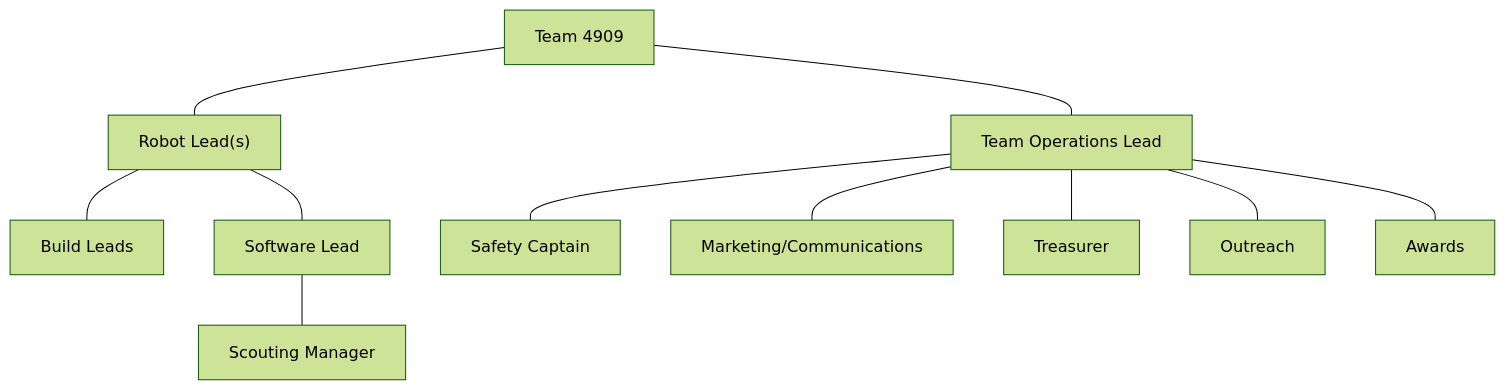
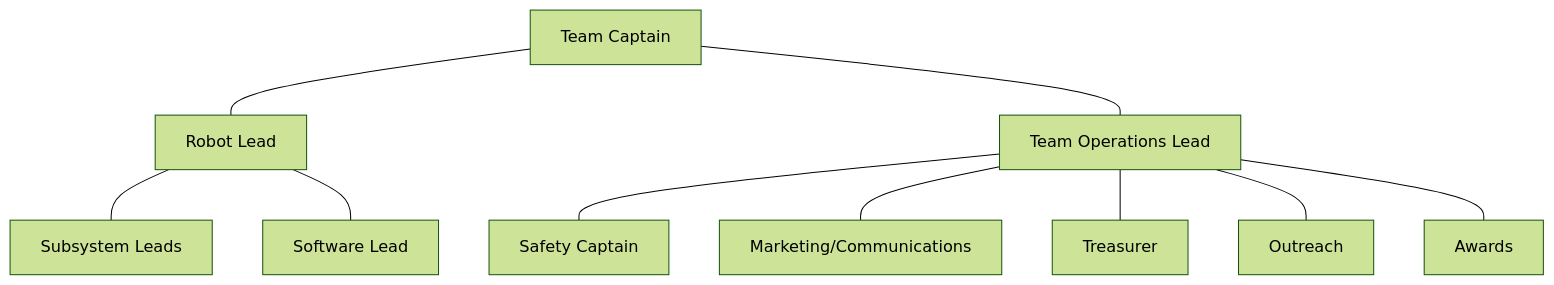
The diagram in content/the-team/team-roles/_index.md (TechplexEngineer/bionics-docs), drawn with Mermaid (forest theme) before and after one commit. The commit also changed other lines of this file, not shown here.

Commit message:
Update team roles for 2023

```diff
--- a/content/the-team/team-roles/_index.md
+++ b/content/the-team/team-roles/_index.md
@@ -9,21 +8,16 @@
 {{< mermaid >}}
 graph TD
-    TEAM[Team 4909]
+    TEAM[Team Captain]
 
-    TEAM --- RL["Robot Lead(s)"]
-    RL   --- DPAA[Build Leads]
+    TEAM --- RL["Robot Lead"]
+    RL   --- BL[Subsystem Leads]
     RL   --- SWL[Software Lead]
-    SWL  --- SCOUT[Scouting Manager]
-    %%SWL  --- SENSE[Electrical/Sensing Manager]
-    %%RL   --- QM[Equiptment Manager]
-    %%RL   --- ORDER[Ordering/Sourcing]
-    %%RL   --- LOGISTICS[Logistics Manager]
 
     TEAM  --- TOL[Team Operations Lead]
     TOL   --- SAFETY[Safety Captain]
     TOL   --- COMM[Marketing/Communications]
     TOL   --- MONEY[Treasurer]
     TOL   --- COMMUNITY[Outreach]
     TOL   --- Awards[Awards]
 
 {{< /mermaid >}}
```
